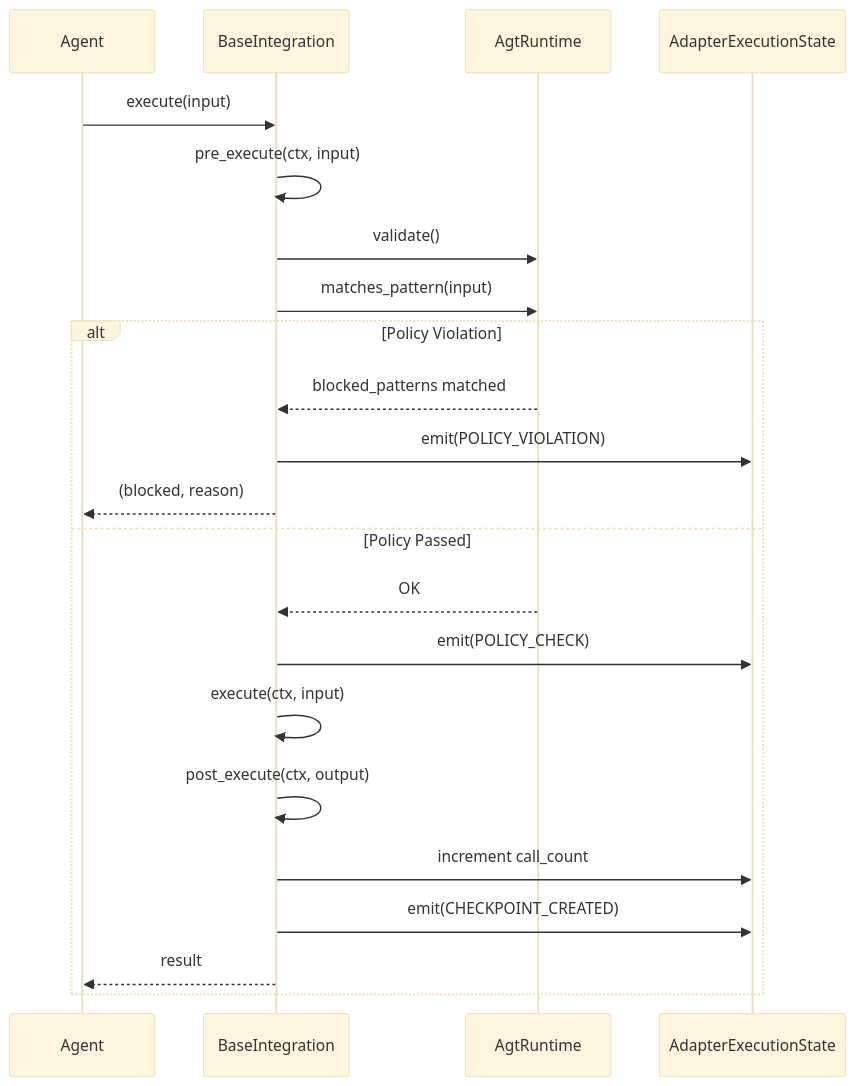
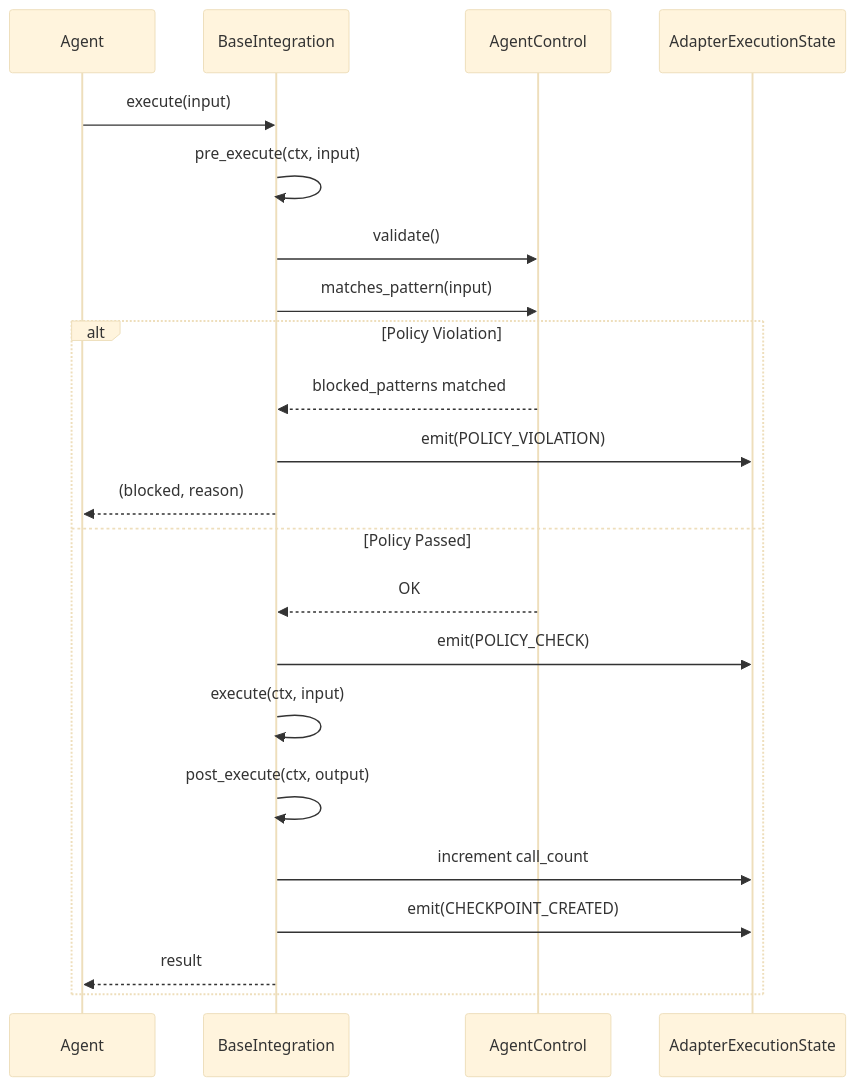
Before and after one commit to lxingy3/agent-governance-toolkit: the third of 6 diagrams in agent-governance-python/agent-os/ARCHITECTURE.md, drawn with Mermaid (base theme). The commit also changed other lines of this file and 186 other files, not shown here.

````diff
--- a/agent-governance-python/agent-os/ARCHITECTURE.md
+++ b/agent-governance-python/agent-os/ARCHITECTURE.md
@@ -91,26 +91,26 @@
 ```mermaid
 sequenceDiagram
     participant Agent
     participant Integration as BaseIntegration
-    participant Policy as AgtRuntime
+    participant Policy as AgentControl
     participant Context as AdapterExecutionState
 
     Agent->>Integration: execute(input)
     Integration->>Integration: pre_execute(ctx, input)
     Integration->>Policy: validate()
     Integration->>Policy: matches_pattern(input)
 
     alt Policy Violation
         Policy-->>Integration: blocked_patterns matched
         Integration->>Context: emit(POLICY_VIOLATION)
         Integration-->>Agent: (blocked, reason)
     else Policy Passed
         Policy-->>Integration: OK
         Integration->>Context: emit(POLICY_CHECK)
         Integration->>Integration: execute(ctx, input)
         Integration->>Integration: post_execute(ctx, output)
         Integration->>Context: increment call_count
         Integration->>Context: emit(CHECKPOINT_CREATED)
         Integration-->>Agent: result
     end
 ```
````
